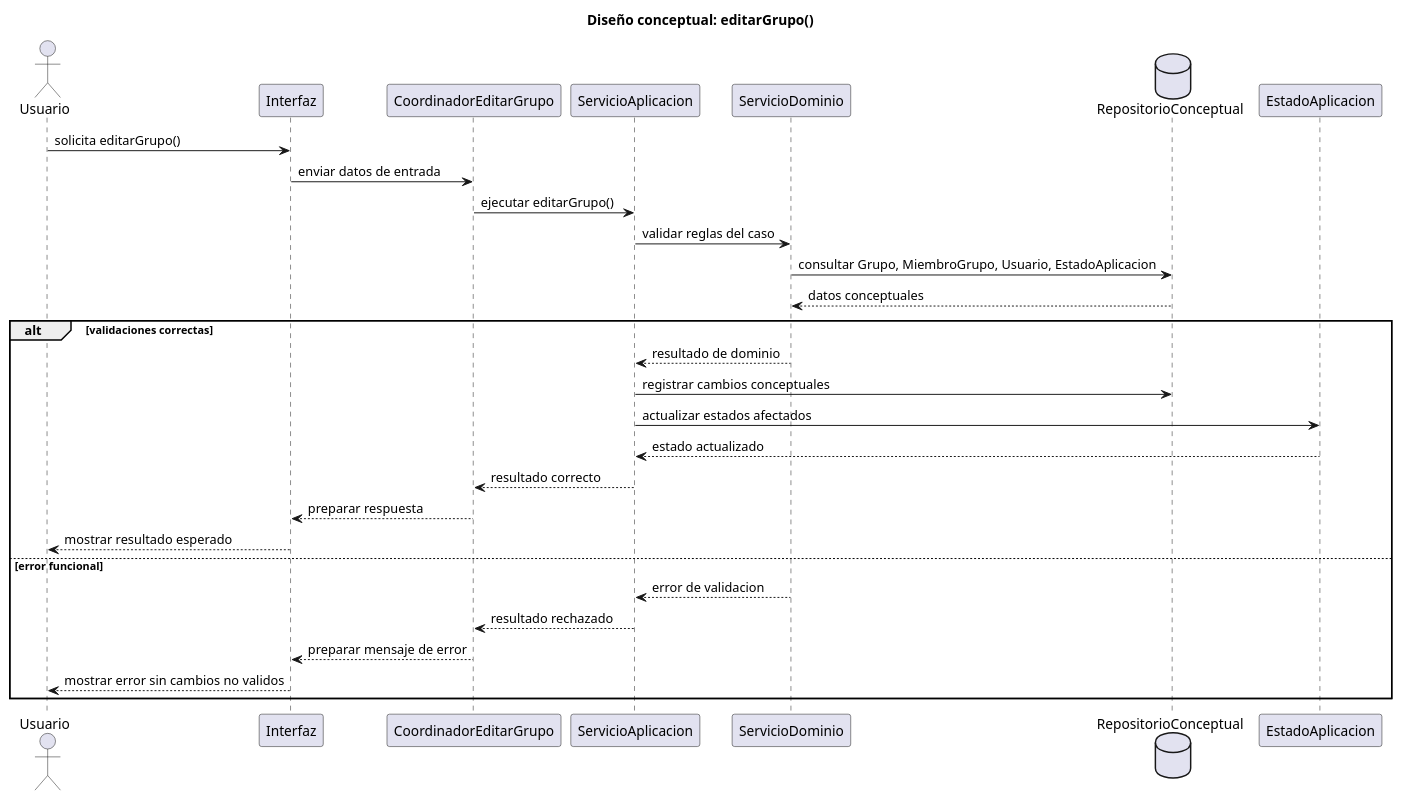
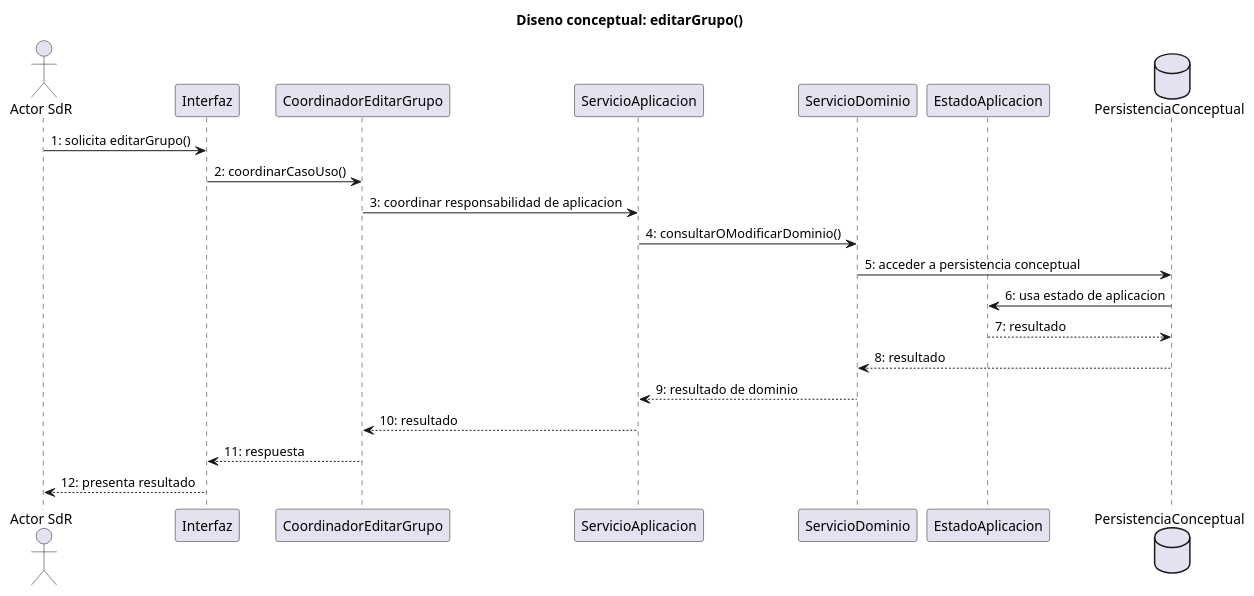
Before and after one commit to inigovaqueroo04/25-26-idsw2-sdVC: the diagram in documents/RUP/02-diseño/casos-uso/gestion-grupos/editarGrupo/README.md, drawn with PlantUML. The commit also changed other lines of this file and 24 other files, not shown here.

Commit message:
docs: validar trazabilidad integral de diseno

````diff
--- a/documents/RUP/02-diseño/casos-uso/gestion-grupos/editarGrupo/README.md
+++ b/documents/RUP/02-diseño/casos-uso/gestion-grupos/editarGrupo/README.md
@@ -85,36 +85,27 @@
 ```plantuml
 @startuml editarGrupo-diseno-secuencia
-title Diseño conceptual: editarGrupo()
+title Diseno conceptual: editarGrupo()
 
-actor "Usuario" as Usuario
+actor "Actor SdR" as Actor
 participant "Interfaz" as Interfaz
 participant "CoordinadorEditarGrupo" as Coordinador
 participant "ServicioAplicacion" as ServicioAplicacion
 participant "ServicioDominio" as ServicioDominio
-database "RepositorioConceptual" as Repositorio
 participant "EstadoAplicacion" as EstadoAplicacion
+database "PersistenciaConceptual" as Persistencia
 
-Usuario -> Interfaz : solicita editarGrupo()
-Interfaz -> Coordinador : enviar datos de entrada
-Coordinador -> ServicioAplicacion : ejecutar editarGrupo()
-ServicioAplicacion -> ServicioDominio : validar reglas del caso
-ServicioDominio -> Repositorio : consultar Grupo, MiembroGrupo, Usuario, EstadoAplicacion
-Repositorio --> ServicioDominio : datos conceptuales
-
-alt validaciones correctas
-  ServicioDominio --> ServicioAplicacion : resultado de dominio
-  ServicioAplicacion -> Repositorio : registrar cambios conceptuales
-  ServicioAplicacion -> EstadoAplicacion : actualizar estados afectados
-  EstadoAplicacion --> ServicioAplicacion : estado actualizado
-  ServicioAplicacion --> Coordinador : resultado correcto
-  Coordinador --> Interfaz : preparar respuesta
-  Interfaz --> Usuario : mostrar resultado esperado
-else error funcional
-  ServicioDominio --> ServicioAplicacion : error de validacion
-  ServicioAplicacion --> Coordinador : resultado rechazado
-  Coordinador --> Interfaz : preparar mensaje de error
-  Interfaz --> Usuario : mostrar error sin cambios no validos
-end
+Actor -> Interfaz : 1: solicita editarGrupo()
+Interfaz -> Coordinador : 2: coordinarCasoUso()
+Coordinador -> ServicioAplicacion : 3: coordinar responsabilidad de aplicacion
+ServicioAplicacion -> ServicioDominio : 4: consultarOModificarDominio()
+ServicioDominio -> Persistencia : 5: acceder a persistencia conceptual
+Persistencia -> EstadoAplicacion : 6: usa estado de aplicacion
+EstadoAplicacion --> Persistencia : 7: resultado
+Persistencia --> ServicioDominio : 8: resultado
+ServicioDominio --> ServicioAplicacion : 9: resultado de dominio
+ServicioAplicacion --> Coordinador : 10: resultado
+Coordinador --> Interfaz : 11: respuesta
+Interfaz --> Actor : 12: presenta resultado
 
 @enduml
 ```
````
